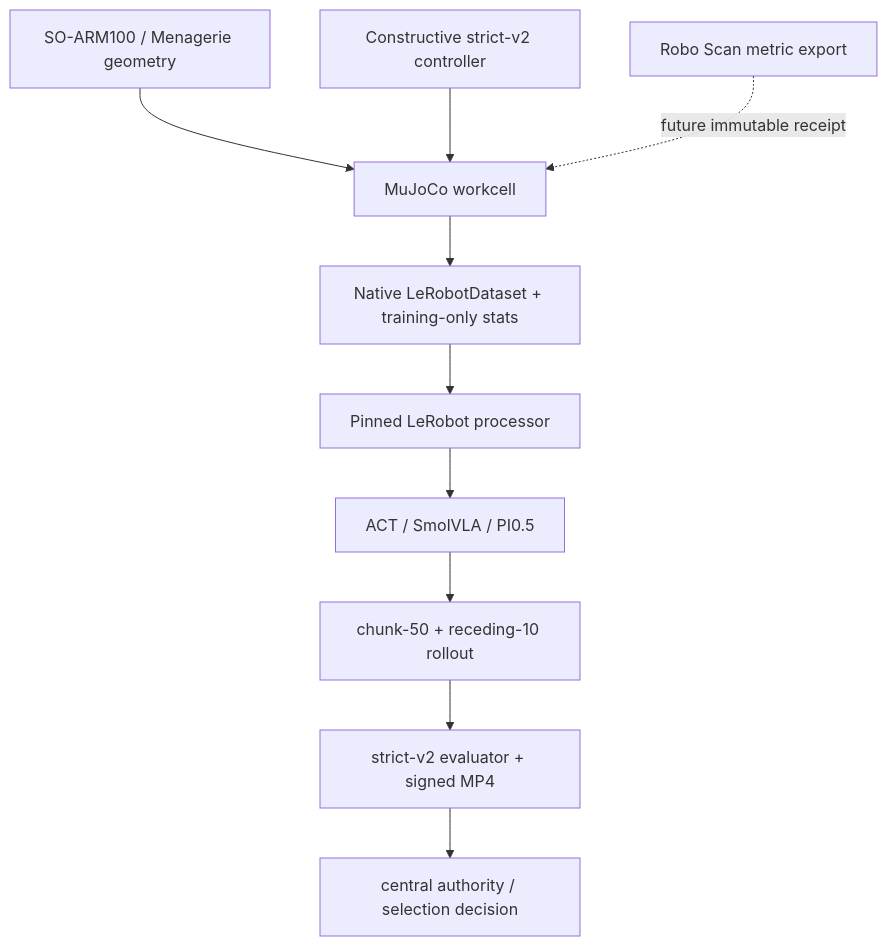
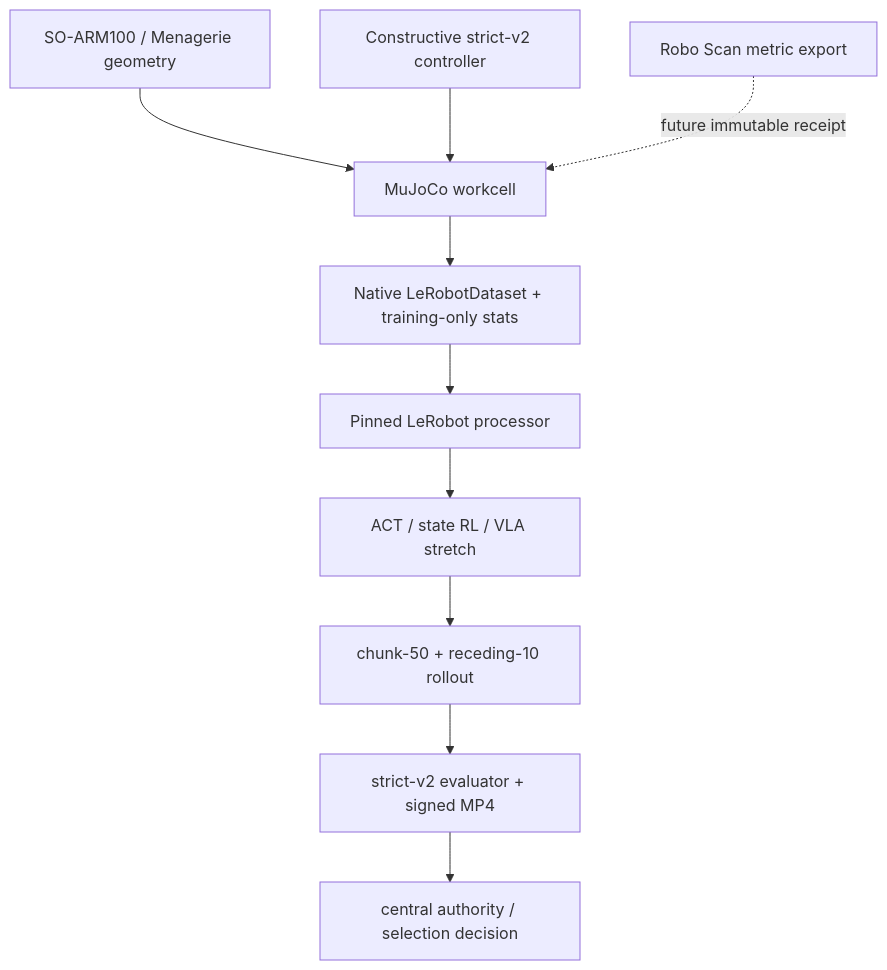
One commit to jakekinchen/sim-link changed the second of 4 diagrams in reconstruction-kit/ARCHITECTURE.md. Above: the diagram before and after it, drawn with Mermaid. The commit also changed other lines of this file and 19 other files, not shown here.

````diff
--- a/reconstruction-kit/ARCHITECTURE.md
+++ b/reconstruction-kit/ARCHITECTURE.md
@@ -48,12 +48,12 @@
 ```mermaid
 flowchart TD
     S[SO-ARM100 / Menagerie geometry] --> M[MuJoCo workcell]
     C[Constructive strict-v2 controller] --> M
     M --> D[Native LeRobotDataset + training-only stats]
     D --> P[Pinned LeRobot processor]
-    P --> A[ACT / SmolVLA / PI0.5]
+    P --> A[ACT / state RL / VLA stretch]
     A --> Q[chunk-50 + receding-10 rollout]
     Q --> V[strict-v2 evaluator + signed MP4]
     V --> O[central authority / selection decision]
     RS[Robo Scan metric export] -. future immutable receipt .-> M
 ```
````
